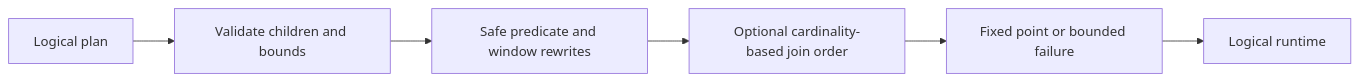
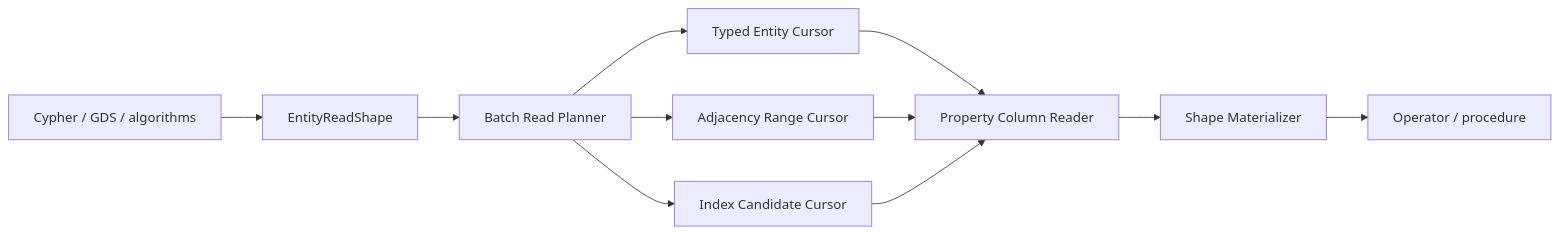
The diagram in docs/apps/docs/content/docs/en/zyx/architecture/optimization.mdx (nexepic/zyx), drawn with Mermaid before and after one commit. The commit also changed other lines of this file and 137 other files, not shown here.

Commit message:
Optimize native graph read paths

````diff
--- a/docs/apps/docs/content/docs/en/zyx/architecture/optimization.mdx
+++ b/docs/apps/docs/content/docs/en/zyx/architecture/optimization.mdx
@@ -20,8 +40,13 @@
 ```mermaid
-graph LR
-    A["Logical plan"] --> B["Validate children and bounds"]
-    B --> C["Safe predicate and window rewrites"]
-    C --> D["Optional cardinality-based join order"]
-    D --> E["Fixed point or bounded failure"]
-    E --> F["Logical runtime"]
+flowchart LR
+    Q["Cypher / GDS / algorithms"] --> S["EntityReadShape"]
+    S --> B["Batch Read Planner"]
+    B --> E["Typed Entity Cursor"]
+    B --> A["Adjacency Range Cursor"]
+    B --> I["Index Candidate Cursor"]
+    E --> P["Property Column Reader"]
+    A --> P
+    I --> P
+    P --> M["Shape Materializer"]
+    M --> O["Operator / procedure"]
 ```
````
